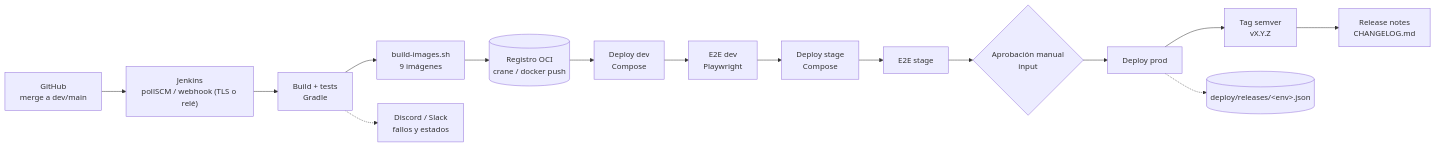
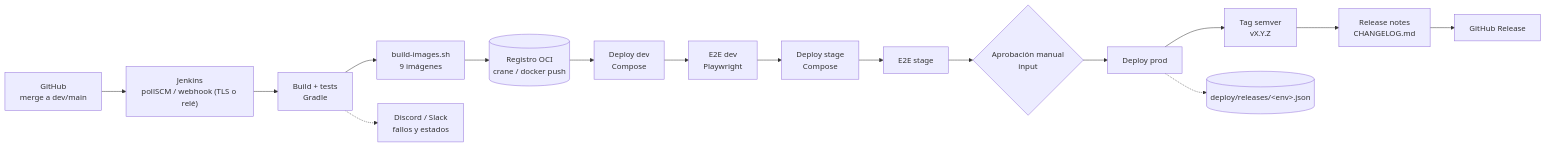
Before and after one commit to ingesoft5/circle-guard-finalproject_A00400179_A00399934_A00399492: the diagram in docs/arquitectura/pipeline-cd.md, drawn with Mermaid. The commit also changed other lines of this file and 11 other files, not shown here.

First line of the commit message:
feat(hu-07): completar release notes, GitHub release y documentacion

````diff
--- a/docs/arquitectura/pipeline-cd.md
+++ b/docs/arquitectura/pipeline-cd.md
@@ -6,17 +6,18 @@
 ```mermaid
 flowchart LR
     gh["GitHub<br/>merge a dev/main"] --> poll["Jenkins<br/>pollSCM / webhook (TLS o relé)"]
     poll --> test["Build + tests<br/>Gradle"]
     test --> img["build-images.sh<br/>9 imágenes"]
     img --> reg[("Registro OCI<br/>crane / docker push")]
     reg --> dev["Deploy dev<br/>Compose"]
     dev --> e2e1["E2E dev<br/>Playwright"]
     e2e1 --> stage["Deploy stage<br/>Compose"]
     stage --> e2e2["E2E stage"]
     e2e2 --> approve{"Aprobación manual<br/>input"}
     approve --> prod["Deploy prod"]
     prod --> tag["Tag semver<br/>vX.Y.Z"]
     tag --> notes["Release notes<br/>CHANGELOG.md"]
+    notes --> release["GitHub Release"]
     test -.-> notify["Discord / Slack<br/>fallos y estados"]
     prod -.-> trace[("deploy/releases/&lt;env&gt;.json")]
 ```
````
